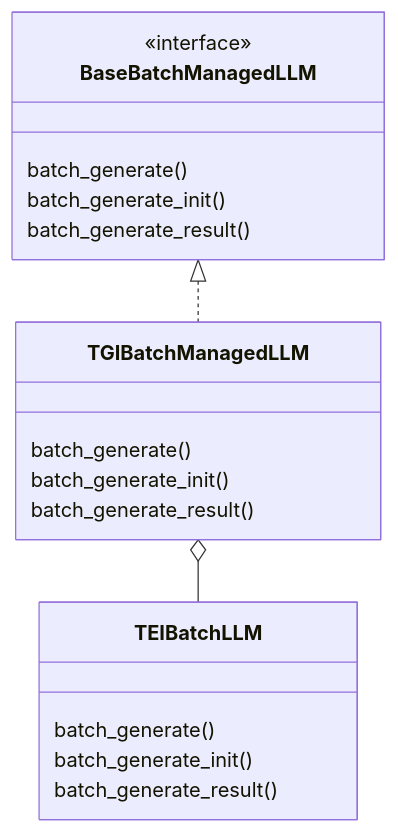
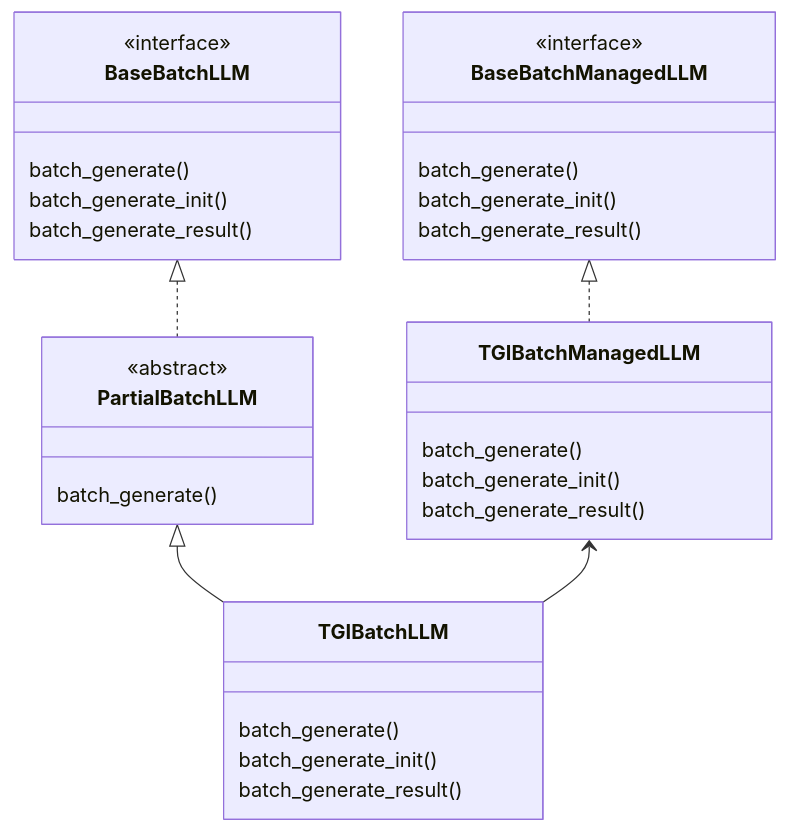
Before and after one commit to Luka958Pixion/math-rag: the diagram in docs/umls/tgi_batch_managed_llm.md, drawn with Mermaid. The commit also changed 74 other files, not shown here.

````diff
--- a/docs/umls/tgi_batch_managed_llm.md
+++ b/docs/umls/tgi_batch_managed_llm.md
@@ -1,24 +1,39 @@
 ```mermaid
 classDiagram
+    class BaseBatchLLM {
+        <<interface>>
+        batch_generate()
+        batch_generate_init()
+        batch_generate_result()
+    }
+
+    class PartialBatchLLM {
+        <<abstract>>
+        batch_generate()
+    }
+
+    class TGIBatchLLM {
+        batch_generate()
+        batch_generate_init()
+        batch_generate_result()
+    }
+
     class BaseBatchManagedLLM {
         <<interface>>
         batch_generate()
         batch_generate_init()
         batch_generate_result()
     }
 
     class TGIBatchManagedLLM {
         batch_generate()
         batch_generate_init()
         batch_generate_result()
     }
 
-    class TEIBatchLLM {
-        batch_generate()
-        batch_generate_init()
-        batch_generate_result()
-    }
+    BaseBatchLLM <|.. PartialBatchLLM
+    PartialBatchLLM <|-- TGIBatchLLM
 
     BaseBatchManagedLLM <|.. TGIBatchManagedLLM
-    TGIBatchManagedLLM o-- TEIBatchLLM
+    TGIBatchManagedLLM <-- TGIBatchLLM
 ```
````
